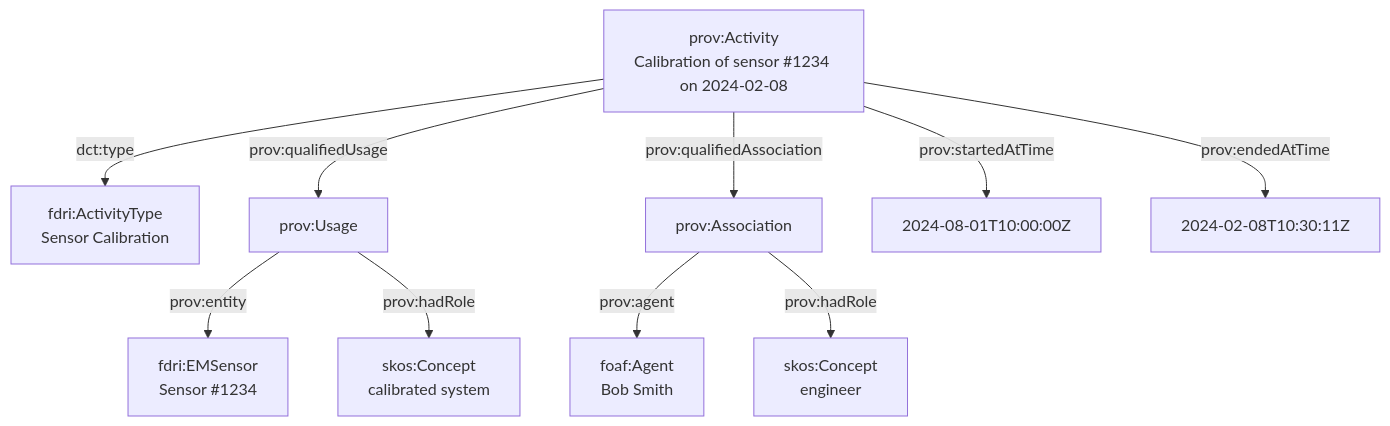
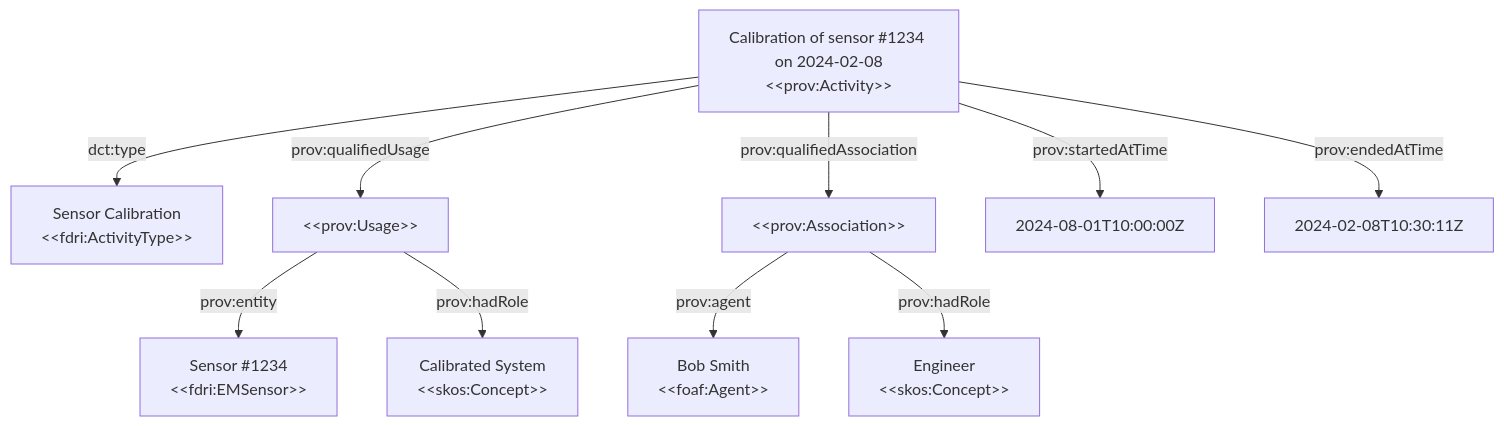
Before and after one commit to NERC-CEH/fdri-ontology: the eighth of 9 diagrams in doc/sensor-system.md, drawn with Mermaid. The commit also changed other lines of this file and 1 other file, not shown here.

Commit message:
Update example diagrams with consistent representation of resource types

````diff
--- a/doc/sensor-system.md
+++ b/doc/sensor-system.md
@@ -226,26 +235,26 @@
 ```mermaid
 flowchart
-  activity["`prov:Activity
-  Calibration of sensor #1234 on 2024-02-08`"]
-  sensor["`fdri:EMSensor
-  Sensor #1234`"]
-  agent["`foaf:Agent
-  Bob Smith`"]
-  calibration["`fdri:ActivityType
-  Sensor Calibration`"]
-  usage["`prov:Usage`"]
-  sensorRole["`skos:Concept
-  calibrated system`"]
-  association["`prov:Association`"]
-  agentRole["`skos:Concept
-  engineer`"]
+  activity["`Calibration of sensor #1234 on 2024-02-08
+  &lt;&lt;prov:Activity>>`"]
+  sensor["`Sensor #1234
+  &lt;&lt;fdri:EMSensor>>`"]
+  agent["`Bob Smith
+  &lt;&lt;foaf:Agent>>`"]
+  calibration["`Sensor Calibration
+  &lt;&lt;fdri:ActivityType>>`"]
+  usage["`&lt;&lt;prov:Usage>>`"]
+  sensorRole["`Calibrated System
+  &lt;&lt;skos:Concept>>`"]
+  association["`&lt;&lt;prov:Association>>`"]
+  agentRole["`Engineer
+  &lt;&lt;skos:Concept>>`"]
   activity -- prov:startedAtTime --> x[2024-08-01T10:00:00Z]
   activity -- prov:endedAtTime --> y[2024-02-08T10:30:11Z]
   activity -- prov:qualifiedUsage --> usage
   activity -- prov:qualifiedAssociation --> association
   activity -- dct:type --> calibration
   usage -- prov:entity --> sensor
   usage -- prov:hadRole --> sensorRole
   association -- prov:agent --> agent
   association -- prov:hadRole --> agentRole
 ```
````
